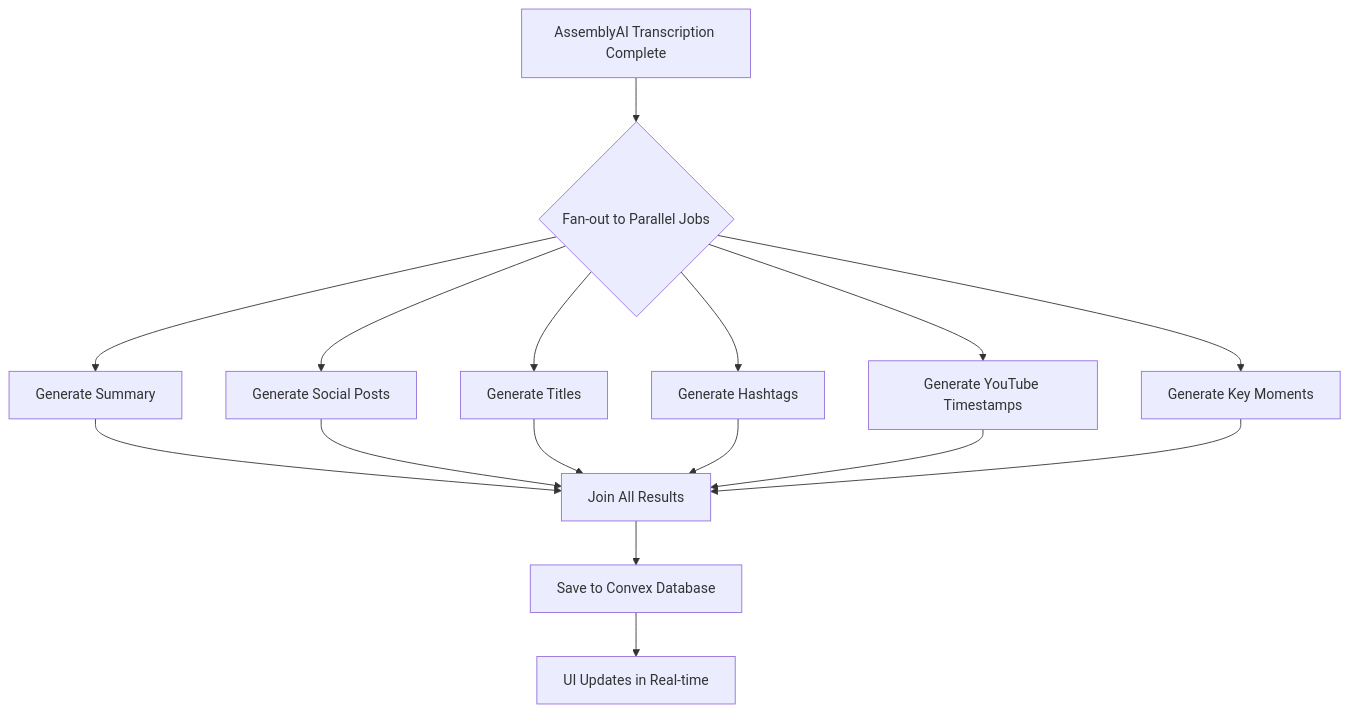
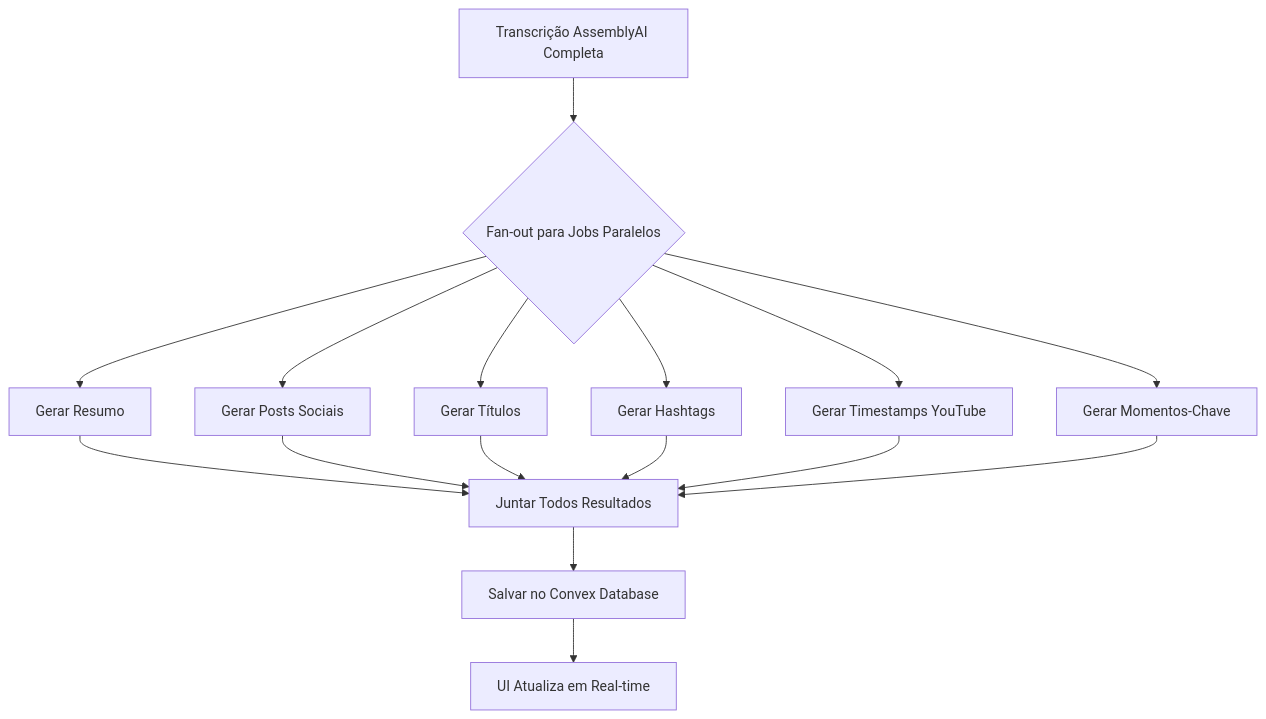
The second of 3 diagrams in README.md (cienciadosdados/podcast), drawn with Mermaid before and after one commit. The commit also changed other lines of this file, not shown here.

Commit message:
docs: atualiza README para Ciência dos Dados - Semana 4 SaaS AI

````diff
--- a/README.md
+++ b/README.md
@@ -195,18 +169,18 @@
 ```mermaid
 flowchart TD
-    A[AssemblyAI Transcription Complete] --> B{Fan-out to Parallel Jobs}
-    B --> C[Generate Summary]
-    B --> D[Generate Social Posts]
-    B --> E[Generate Titles]
-    B --> F[Generate Hashtags]
-    B --> G[Generate YouTube Timestamps]
-    B --> H[Generate Key Moments]
-    C --> I[Join All Results]
+    A[Transcrição AssemblyAI Completa] --> B{Fan-out para Jobs Paralelos}
+    B --> C[Gerar Resumo]
+    B --> D[Gerar Posts Sociais]
+    B --> E[Gerar Títulos]
+    B --> F[Gerar Hashtags]
+    B --> G[Gerar Timestamps YouTube]
+    B --> H[Gerar Momentos-Chave]
+    C --> I[Juntar Todos Resultados]
     D --> I
     E --> I
     F --> I
     G --> I
     H --> I
-    I --> J[Save to Convex Database]
-    J --> K[UI Updates in Real-time]
+    I --> J[Salvar no Convex Database]
+    J --> K[UI Atualiza em Real-time]
 ```
````
